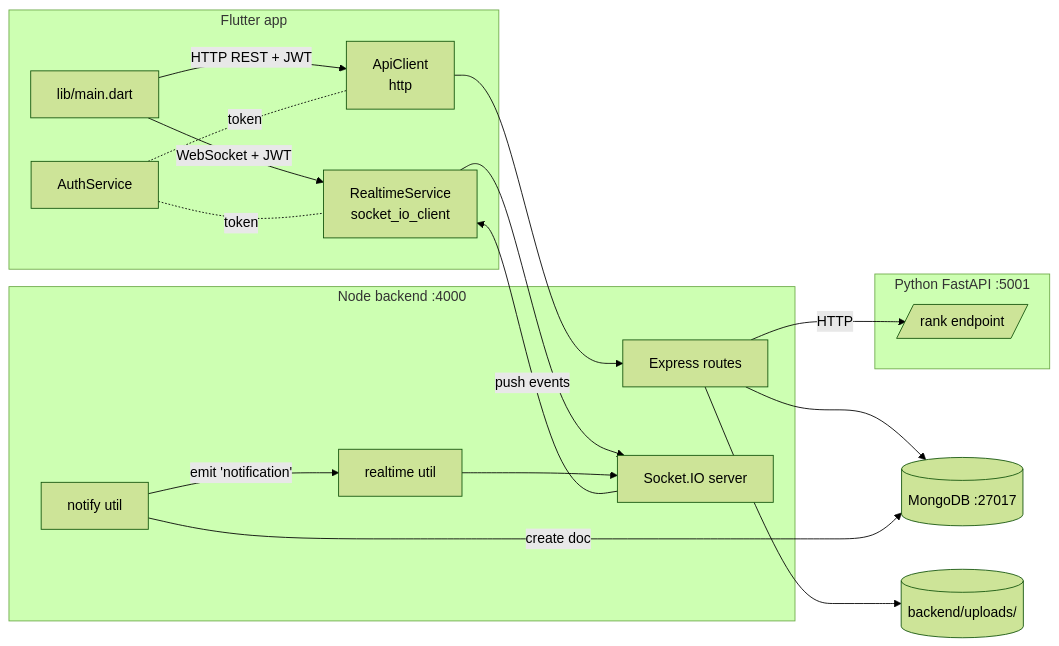
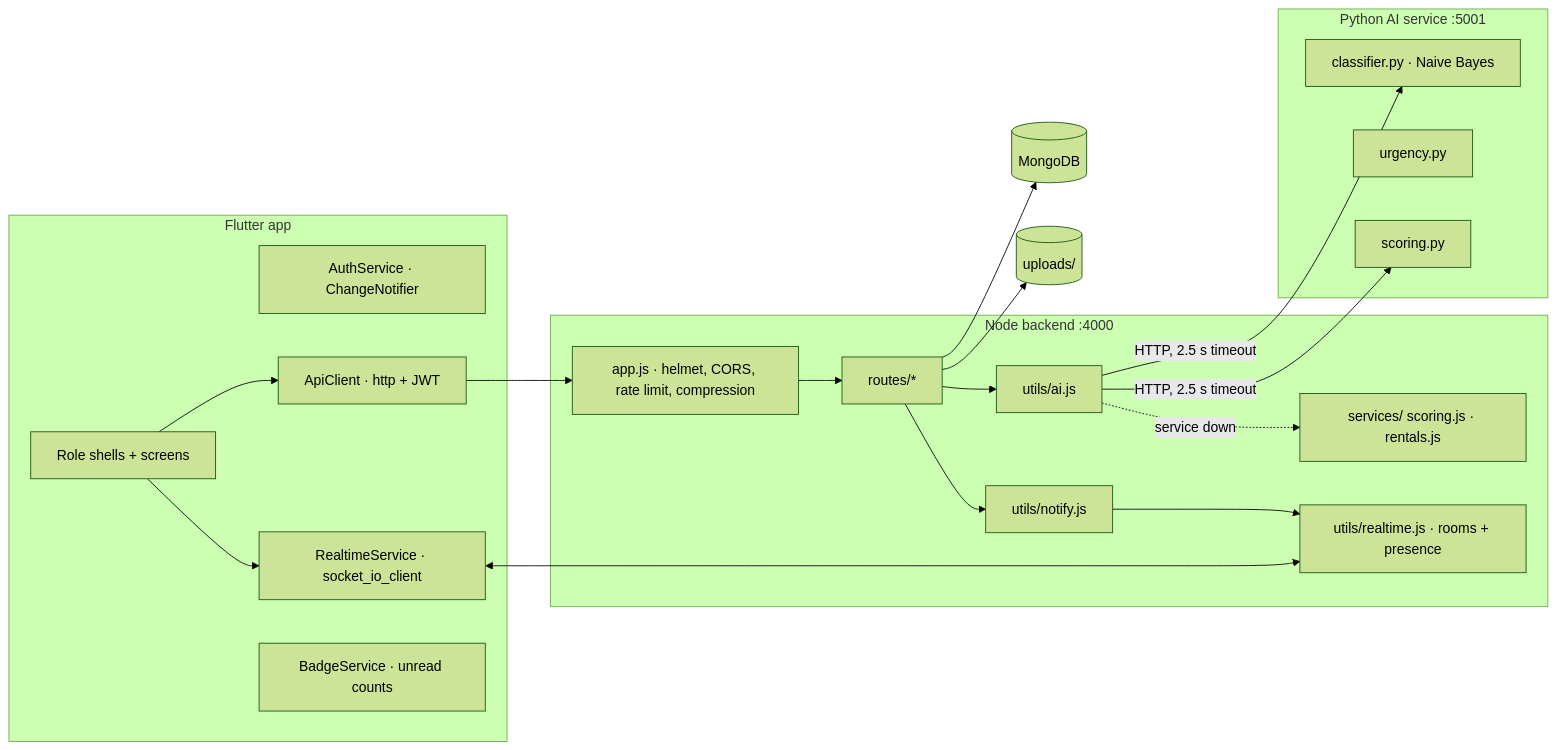
Before and after one commit to haroon7290/surefixing: the first of 4 diagrams in docs/ARCHITECTURE.md, drawn with Mermaid (forest theme). The commit also changed other lines of this file and 35 other files, not shown here.

````diff
--- a/docs/ARCHITECTURE.md
+++ b/docs/ARCHITECTURE.md
@@ -19,36 +15,36 @@
 ```mermaid
 flowchart LR
     subgraph Mobile[Flutter app]
-      M[lib/main.dart]
-      Auth[AuthService]
-      RT[RealtimeService<br/>socket_io_client]
-      API[ApiClient<br/>http]
+      Screens[Role shells + screens]
+      Auth[AuthService · ChangeNotifier]
+      API[ApiClient · http + JWT]
+      RT[RealtimeService · socket_io_client]
+      Badges[BadgeService · unread counts]
     end
 
     subgraph Backend[Node backend :4000]
-      Express[Express routes]
-      SIO[Socket.IO server]
-      Notify[notify util]
-      Realtime[realtime util]
+      App[app.js · helmet, CORS, rate limit, compression]
+      Routes[routes/*]
+      Services[services/ scoring.js · rentals.js]
+      AIClient[utils/ai.js]
+      Notify[utils/notify.js]
+      Realtime[utils/realtime.js · rooms + presence]
     end
 
-    subgraph AI[Python FastAPI :5001]
-      Rank[/rank endpoint/]
+    subgraph AI[Python AI service :5001]
+      Clf[classifier.py · Naive Bayes]
+      Urg[urgency.py]
+      Score[scoring.py]
     end
 
-    Mongo[(MongoDB :27017)]
-    Uploads[(backend/uploads/)]
+    Mongo[(MongoDB)]
+    Uploads[(uploads/)]
 
-    M -->|HTTP REST + JWT| API --> Express
-    M -->|WebSocket + JWT| RT --> SIO
-    Auth -.token.- API
-    Auth -.token.- RT
-
-    Express --> Mongo
-    Express --> Uploads
-    Express -->|HTTP| Rank
-    Notify -->|create doc| Mongo
-    Notify -->|emit 'notification'| Realtime
-    Realtime --> SIO
-    SIO -->|push events| RT
+    Screens --> API --> App --> Routes
+    Screens --> RT <--> Realtime
+    Routes --> Mongo
+    Routes --> Uploads
+    Routes --> AIClient -->|HTTP, 2.5 s timeout| Clf & Score
+    AIClient -.->|service down| Services
+    Routes --> Notify --> Realtime
 ```
````
